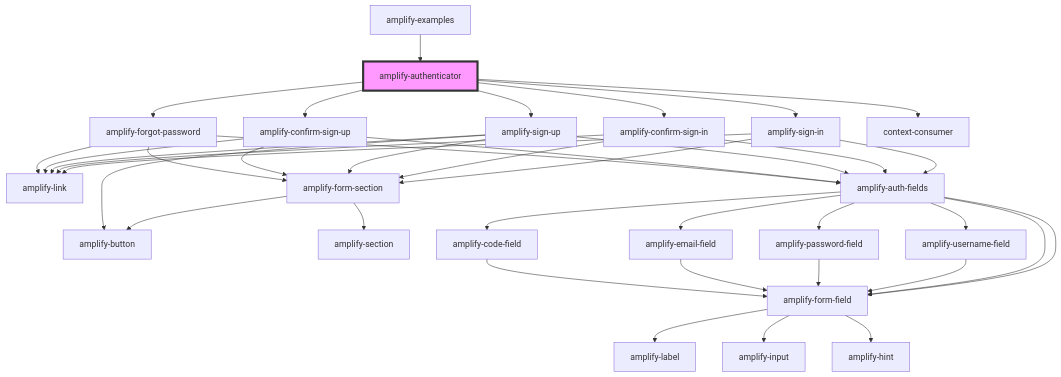
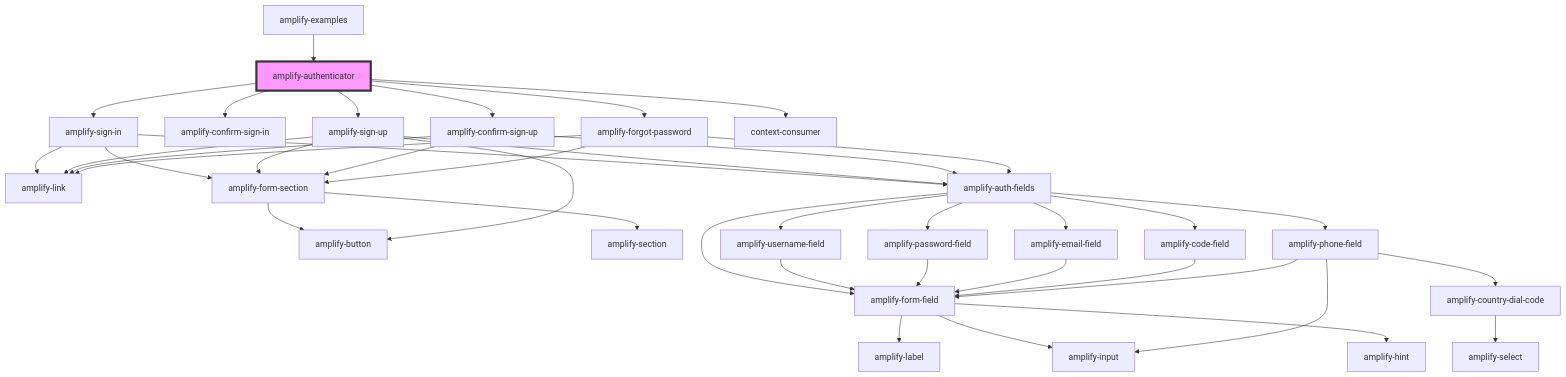
One commit to aws-amplify/amplify-js changed the diagram in packages/amplify-ui-components/src/components/amplify-authenticator/readme.md. Above: the diagram before and after it, drawn with Mermaid. The commit also changed 20 other files, not shown here.

Commit message:
Initial phone field commit

````diff
--- a/packages/amplify-ui-components/src/components/amplify-authenticator/readme.md
+++ b/packages/amplify-ui-components/src/components/amplify-authenticator/readme.md
@@ -31,42 +31,43 @@
 ```mermaid
 graph TD;
   amplify-authenticator --> amplify-sign-in
   amplify-authenticator --> amplify-confirm-sign-in
   amplify-authenticator --> amplify-sign-up
   amplify-authenticator --> amplify-confirm-sign-up
   amplify-authenticator --> amplify-forgot-password
   amplify-authenticator --> context-consumer
   amplify-sign-in --> amplify-link
   amplify-sign-in --> amplify-form-section
   amplify-sign-in --> amplify-auth-fields
   amplify-form-section --> amplify-button
   amplify-form-section --> amplify-section
   amplify-auth-fields --> amplify-username-field
   amplify-auth-fields --> amplify-password-field
   amplify-auth-fields --> amplify-email-field
   amplify-auth-fields --> amplify-code-field
-  amplify-auth-fields --> amplify-form-field
+  amplify-auth-fields --> amplify-phone-field
   amplify-auth-fields --> amplify-form-field
   amplify-username-field --> amplify-form-field
   amplify-form-field --> amplify-label
   amplify-form-field --> amplify-input
   amplify-form-field --> amplify-hint
   amplify-password-field --> amplify-form-field
   amplify-email-field --> amplify-form-field
   amplify-code-field --> amplify-form-field
-  amplify-confirm-sign-in --> amplify-form-section
-  amplify-confirm-sign-in --> amplify-link
-  amplify-confirm-sign-in --> amplify-auth-fields
+  amplify-phone-field --> amplify-form-field
+  amplify-phone-field --> amplify-country-dial-code
+  amplify-phone-field --> amplify-input
+  amplify-country-dial-code --> amplify-select
   amplify-sign-up --> amplify-form-section
   amplify-sign-up --> amplify-auth-fields
   amplify-sign-up --> amplify-link
   amplify-sign-up --> amplify-button
   amplify-confirm-sign-up --> amplify-link
   amplify-confirm-sign-up --> amplify-form-section
   amplify-confirm-sign-up --> amplify-auth-fields
   amplify-forgot-password --> amplify-form-section
   amplify-forgot-password --> amplify-link
   amplify-forgot-password --> amplify-auth-fields
   amplify-examples --> amplify-authenticator
   style amplify-authenticator fill:#f9f,stroke:#333,stroke-width:4px
 ```
````
